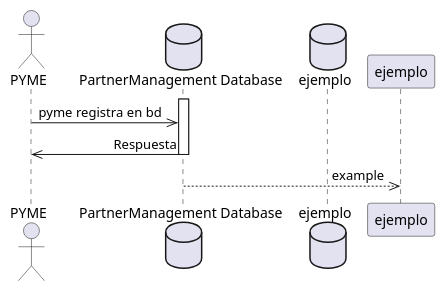
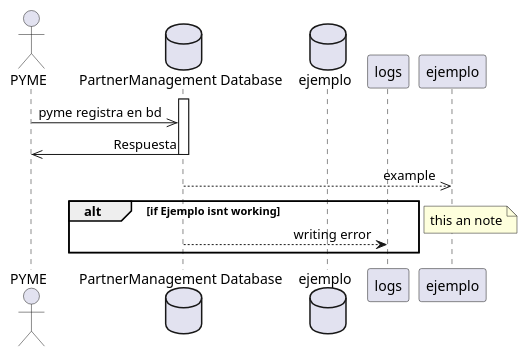
One commit to Altair2607/ExamplePoC changed the diagram in poc3.puml. Above: the diagram before and after it, drawn with PlantUML. The commit also changed 3 other files, not shown here.

```diff
--- a/poc3.puml
+++ b/poc3.puml
@@ -1,14 +1,22 @@
 @startuml Different flow
 skinparam sequenceMessageAlign right
 
 actor "PYME" as A 
 database "PartnerManagement Database" as BDPartnerManagement
 database "ejemplo" as Ejemplo 
+participant "logs" as logs 
 
 activate BDPartnerManagement
 A ->> BDPartnerManagement: pyme registra en bd
 BDPartnerManagement->>A: Respuesta
 deactivate BDPartnerManagement
 BDPartnerManagement -->> ejemplo: example
 
+alt if Ejemplo isnt working 
+    BDPartnerManagement --> logs: writing error 
+end
+
+
+note left: this an note 
+
 @enduml
```
